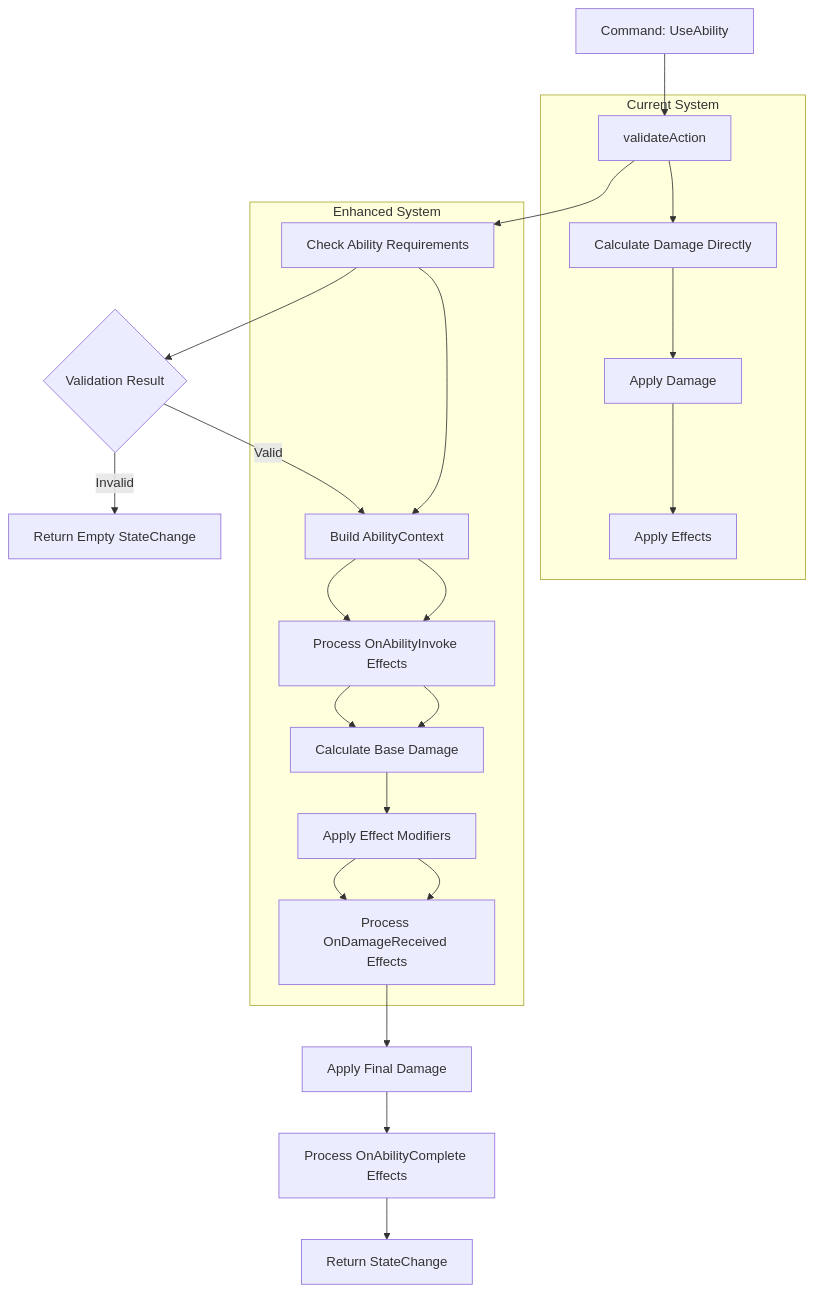
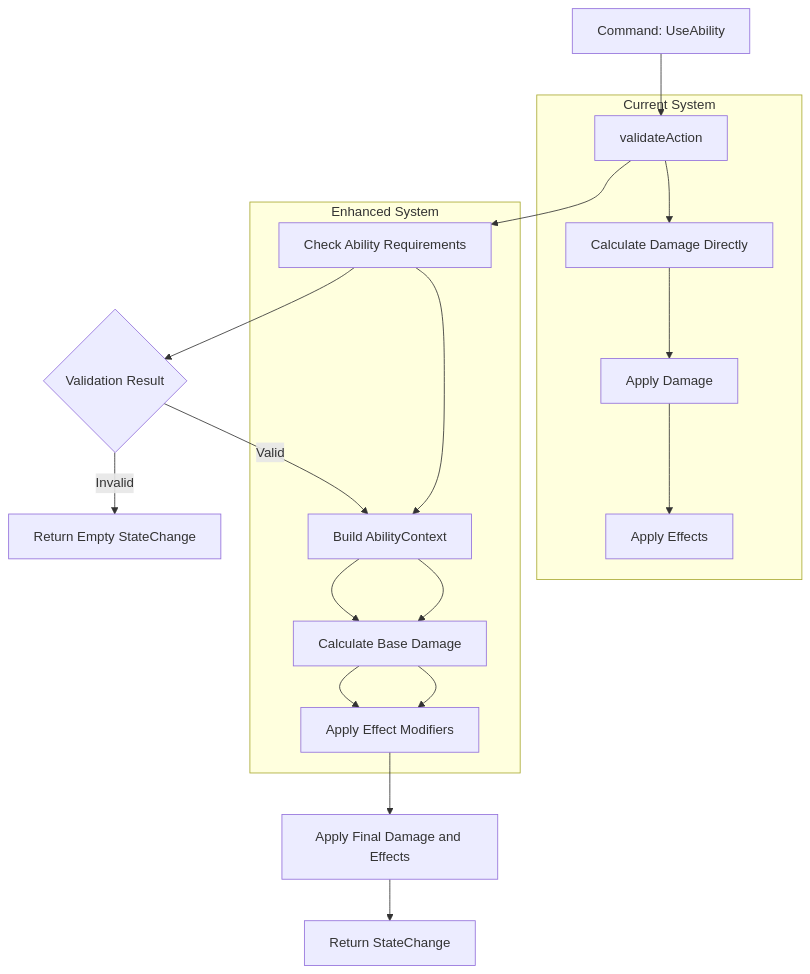
One commit to AngelMunoz/Kps changed the first of 2 diagrams in docs/enhanced-effects-framework.md. Above: the diagram before and after it, drawn with Mermaid. The commit also changed other lines of this file and 2 other files, not shown here.

Commit message:
refactor(enhanced effects): simplify resolution flow by removing effect hooks and adopting a linear processing approach

````diff
--- a/docs/enhanced-effects-framework.md
+++ b/docs/enhanced-effects-framework.md
@@ -37,29 +34,25 @@
 ```mermaid
 graph TD
     A[Command: UseAbility] --> B[validateAction]
     B --> B1[Check Ability Requirements]
     B1 --> C{Validation Result}
     C -->|Valid| D[Build AbilityContext]
     C -->|Invalid| E[Return Empty StateChange]
 
-    D --> F[Process OnAbilityInvoke Effects]
-    F --> G[Calculate Base Damage]
+    D --> G[Calculate Base Damage]
     G --> H[Apply Effect Modifiers]
-    H --> I[Process OnDamageReceived Effects]
-    I --> J[Apply Final Damage]
-    J --> K[Process OnAbilityComplete Effects]
-    K --> L[Return StateChange]
+    H --> J[Apply Final Damage and Effects]
+    J --> L[Return StateChange]
 
     subgraph "Current System"
         B --> G2[Calculate Damage Directly]
         G2 --> J2[Apply Damage]
         J2 --> L2[Apply Effects]
     end
 
     subgraph "Enhanced System"
         B1 --> D
-        D --> F
-        F --> G
-        H --> I
+        D --> G
+        G --> H
     end
 ```
````
